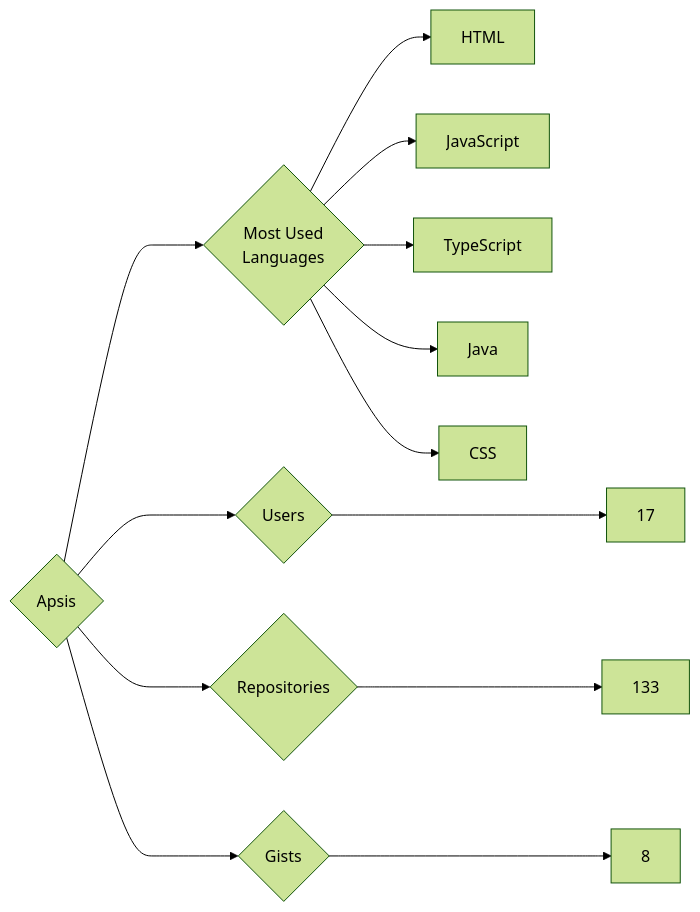
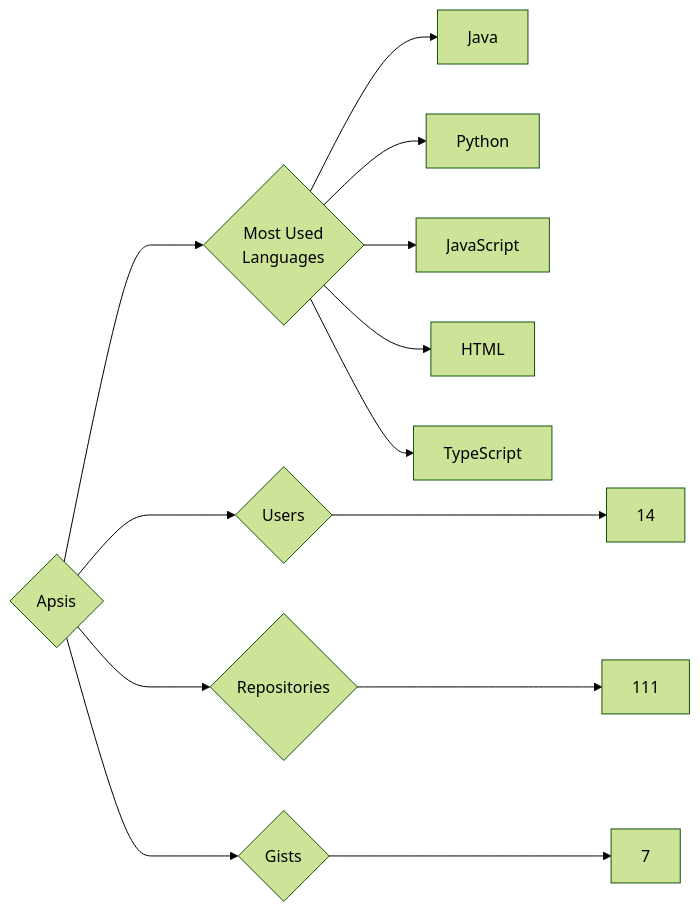
The diagram in targets/Apsis/README.md (trickest/insiders), drawn with Mermaid (forest theme) before and after one commit. The commit also changed 639 other files, not shown here.

````diff
--- a/targets/Apsis/README.md
+++ b/targets/Apsis/README.md
@@ -3,13 +3,13 @@
 ```mermaid
 graph LR
 COMPANY_NAME{Apsis}
-COMPANY_NAME ---> U{Users} ---> UN[17]
-COMPANY_NAME ---> R{Repositories} ---> RN[133]
-COMPANY_NAME ---> G{Gists} ---> GN[8]
+COMPANY_NAME ---> U{Users} ---> UN[14]
+COMPANY_NAME ---> R{Repositories} ---> RN[111]
+COMPANY_NAME ---> G{Gists} ---> GN[7]
 COMPANY_NAME ---> ML{Most Used<br>Languages}
+ML --> Java[Java]
+ML --> Python[Python]
+ML --> JavaScript[JavaScript]
 ML --> HTML[HTML]
-ML --> JavaScript[JavaScript]
 ML --> TypeScript[TypeScript]
-ML --> Java[Java]
-ML --> CSS[CSS]
 ```
````
